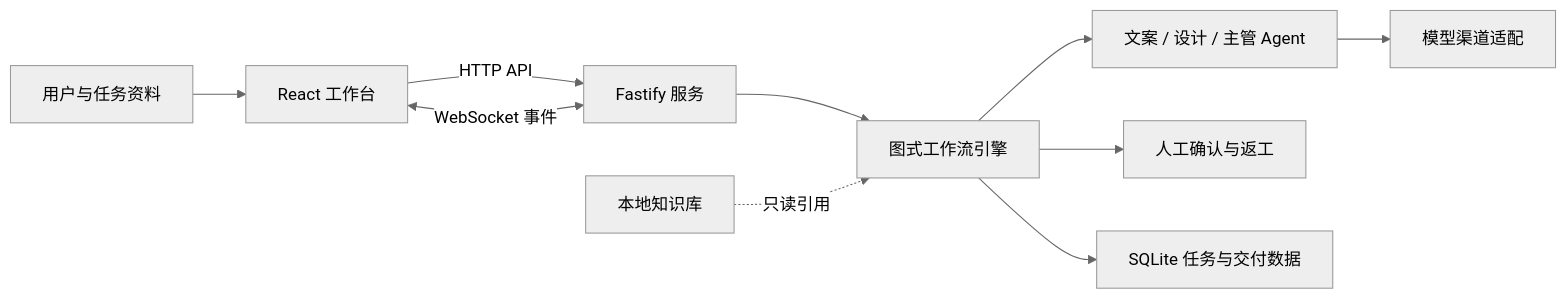
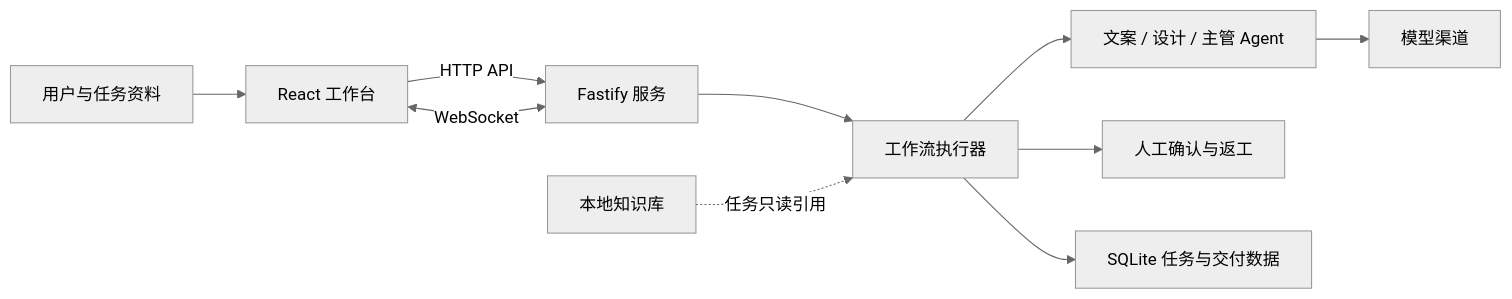
One commit to cai1043826615-creator/AgentFlux-workbench changed the diagram in README.md. Above: the diagram before and after it, drawn with Mermaid (neutral theme). The commit also changed other lines of this file, not shown here.

````diff
--- a/README.md
+++ b/README.md
@@ -43,12 +61,12 @@
-~~~mermaid
+```mermaid
 flowchart LR
   U[用户与任务资料] --> F[React 工作台]
   F -->|HTTP API| B[Fastify 服务]
-  F <-->|WebSocket 事件| B
-  B --> W[图式工作流引擎]
-  W --> A[文案 / 设计 / 主管 Agent]
-  A --> C[模型渠道适配]
-  W --> H[人工确认与返工]
-  W --> D[SQLite 任务与交付数据]
-  K[本地知识库] -. 只读引用 .-> W
-~~~
+  F <-->|WebSocket| B
+  B --> E[工作流执行器]
+  E --> A[文案 / 设计 / 主管 Agent]
+  A --> M[模型渠道]
+  E --> H[人工确认与返工]
+  E --> D[SQLite 任务与交付数据]
+  K[本地知识库] -. 任务只读引用 .-> E
+```
````
